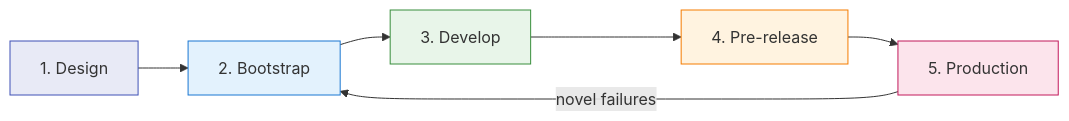
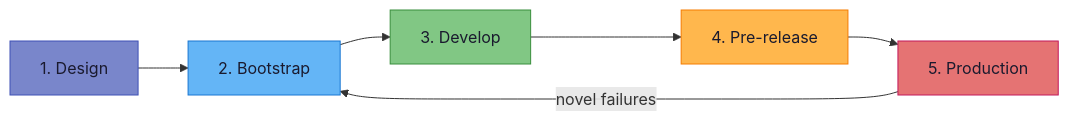
Before and after one commit to amelie-girard7/ai-evaluators: the first of 4 diagrams in docs/index.md, drawn with Mermaid. The commit also changed other lines of this file and 2 other files, not shown here.

First line of the commit message:
Fix Mermaid diagram colors for dark mode readability

````diff
--- a/docs/index.md
+++ b/docs/index.md
@@ -55,14 +55,14 @@
 ```mermaid
 flowchart LR
     D[1. Design] --> B[2. Bootstrap]
     B --> Dev[3. Develop]
     Dev --> PR[4. Pre-release]
     PR --> P[5. Production]
     P -->|novel failures| B
 
-    style D fill:#E8EAF6,stroke:#3F51B5
-    style B fill:#E3F2FD,stroke:#1976D2
-    style Dev fill:#E8F5E9,stroke:#388E3C
-    style PR fill:#FFF3E0,stroke:#F57C00
-    style P fill:#FCE4EC,stroke:#C2185B
+    style D fill:#7986CB,stroke:#3F51B5,color:#1A1A2E
+    style B fill:#64B5F6,stroke:#1976D2,color:#1A1A2E
+    style Dev fill:#81C784,stroke:#388E3C,color:#1A1A2E
+    style PR fill:#FFB74D,stroke:#F57C00,color:#1A1A2E
+    style P fill:#E57373,stroke:#C2185B,color:#1A1A2E
 ```
````
